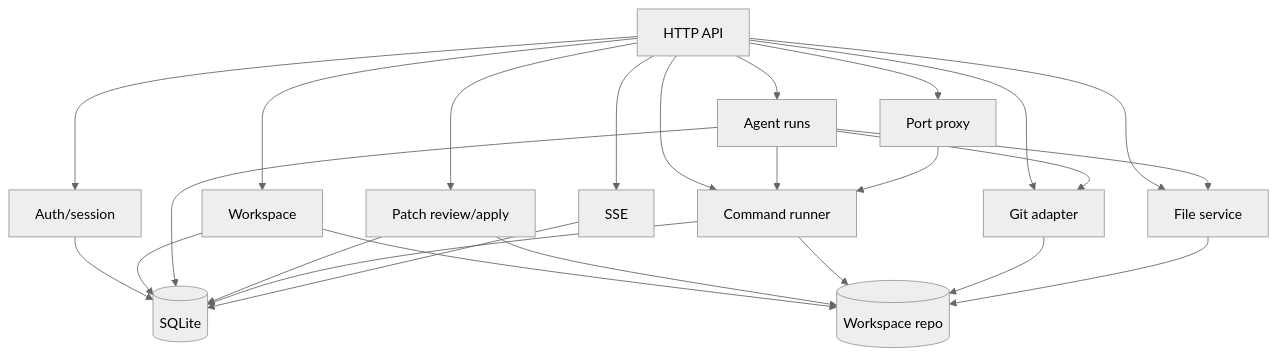
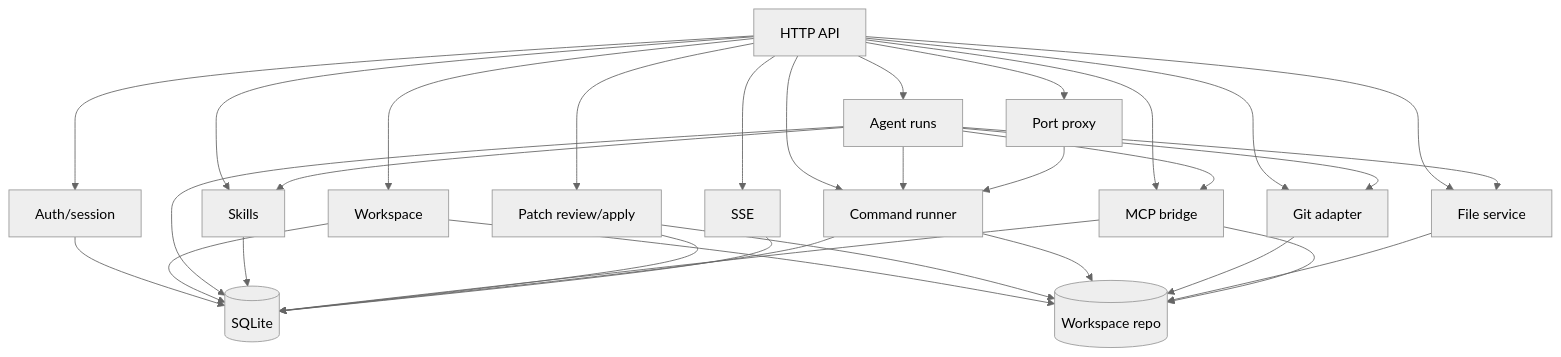
Before and after one commit to phamtanminhtien/patchpilot: the second of 6 diagrams in docs/app-architecture.md, drawn with Mermaid (neutral theme). The commit also changed other lines of this file and 5 other files, not shown here.

Commit message:
docs: update architecture and product spec to v0.3 to reflect new skills, MCP integration, and agent context flow

````diff
--- a/docs/app-architecture.md
+++ b/docs/app-architecture.md
@@ -28,42 +28,51 @@
 ```mermaid
 flowchart TB
   API["HTTP API"]
   Auth["Auth/session"]
   Workspace["Workspace"]
   Agent["Agent runs"]
+  Skills["Skills"]
+  MCP["MCP bridge"]
   Patch["Patch review/apply"]
   Runner["Command runner"]
   Git["Git adapter"]
   Files["File service"]
   Ports["Port proxy"]
   Events["SSE"]
   DB[("SQLite")]
   Repo[("Workspace repo")]
 
   API --> Auth
   API --> Workspace
   API --> Agent
+  API --> Skills
+  API --> MCP
   API --> Patch
   API --> Runner
   API --> Git
   API --> Files
   API --> Ports
   API --> Events
 
   Auth --> DB
   Workspace --> DB
   Agent --> DB
+  Skills --> DB
+  MCP --> DB
   Patch --> DB
   Runner --> DB
   Events --> DB
 
   Workspace --> Repo
   Agent --> Files
   Agent --> Git
   Agent --> Runner
+  Agent --> Skills
+  Agent --> MCP
   Patch --> Repo
   Runner --> Repo
   Git --> Repo
   Files --> Repo
   Ports --> Runner
+  MCP --> Repo
 ```
````
